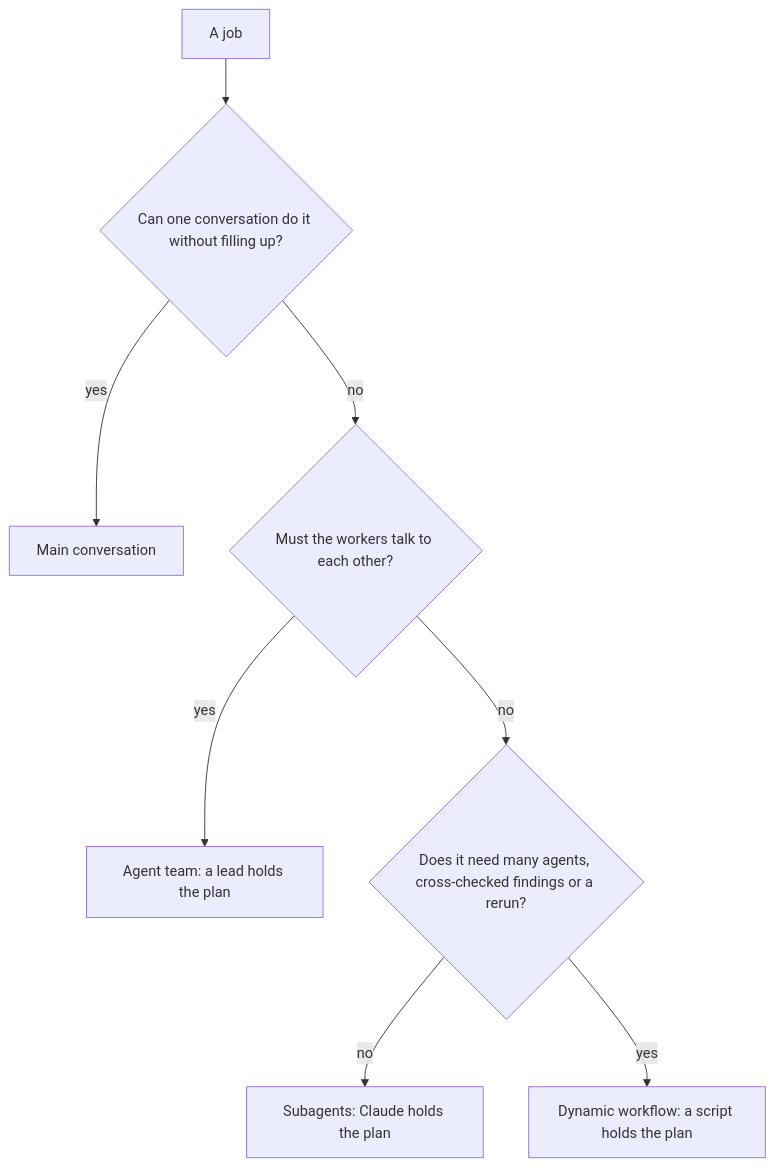
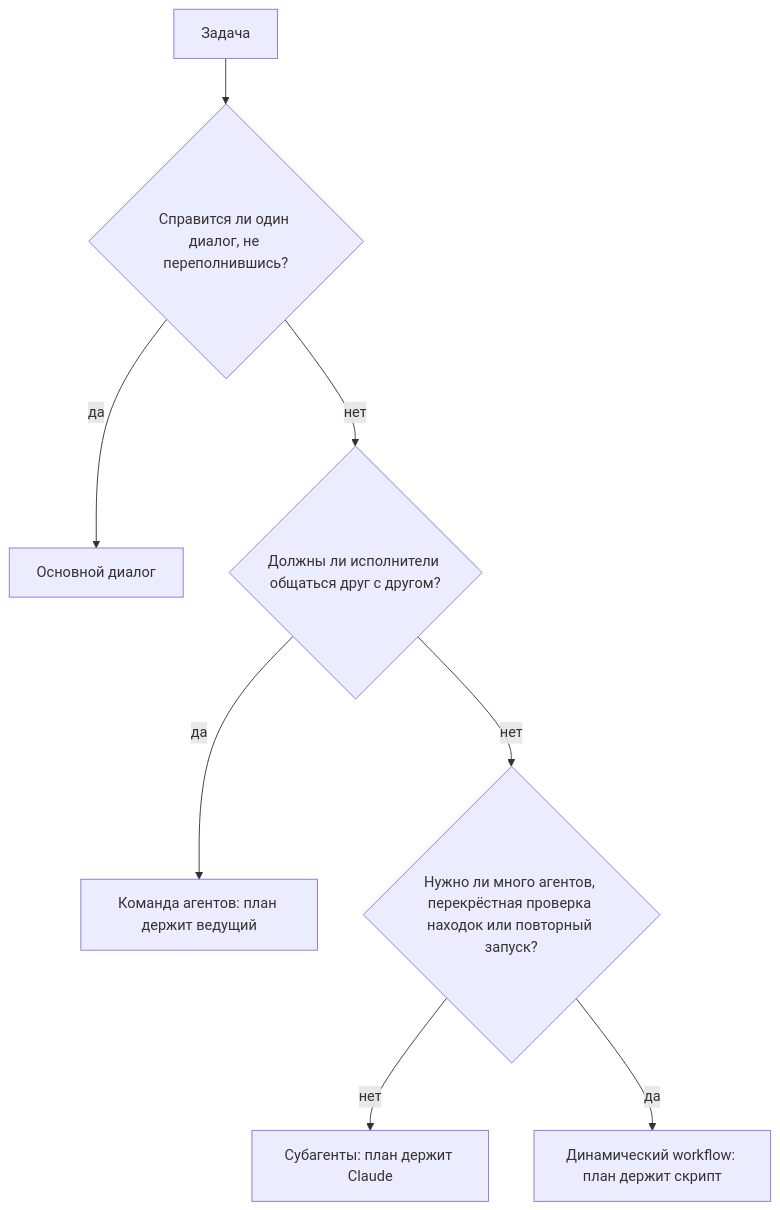
Before and after one commit to runowata/claude-code-ru: the diagram in docs/advanced/02-orchestration-patterns.md, drawn with Mermaid. The commit also changed other lines of this file and 123 other files, not shown here.

````diff
--- a/docs/advanced/02-orchestration-patterns.md
+++ b/docs/advanced/02-orchestration-patterns.md
@@ -24,12 +24,12 @@
 ```mermaid
 flowchart TD
-  accTitle: Who holds the plan
-  accDescr: A path for choosing how to split a job. If one conversation can do it without filling up, keep it in the main conversation. Otherwise, if the workers must talk to each other, a lead holds the plan in an agent team, which is experimental. If they need not talk and the job is a few tasks done once, Claude holds the plan and subagents return summaries. If it needs many agents, cross-checked findings or a rerun, a script holds the plan in a dynamic workflow.
-  A["A job"] --> B{"Can one conversation do it without filling up?"}
-  B -- yes --> M["Main conversation"]
-  B -- no --> C{"Must the workers talk to each other?"}
-  C -- yes --> T["Agent team: a lead holds the plan"]
-  C -- no --> D{"Does it need many agents, cross-checked findings or a rerun?"}
-  D -- no --> S["Subagents: Claude holds the plan"]
-  D -- yes --> W["Dynamic workflow: a script holds the plan"]
+  accTitle: У кого находится план
+  accDescr: Путь выбора способа разделить задачу. Если с ней справится один диалог и он не переполнится, оставьте её в основном диалоге. Иначе, если исполнители должны общаться друг с другом, план держит ведущий в команде агентов (это экспериментальная функция). Если общаться им не нужно, а задача — несколько дел, выполняемых один раз, план держит Claude, а субагенты возвращают краткие итоги. Если нужно много агентов, перекрёстная проверка находок или повторный запуск, план держит скрипт в динамическом workflow.
+  A["Задача"] --> B{"Справится ли один диалог, не переполнившись?"}
+  B -- да --> M["Основной диалог"]
+  B -- нет --> C{"Должны ли исполнители общаться друг с другом?"}
+  C -- да --> T["Команда агентов: план держит ведущий"]
+  C -- нет --> D{"Нужно ли много агентов, перекрёстная проверка находок или повторный запуск?"}
+  D -- нет --> S["Субагенты: план держит Claude"]
+  D -- да --> W["Динамический workflow: план держит скрипт"]
 ```
````
